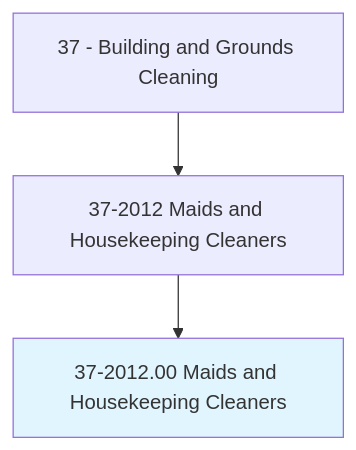
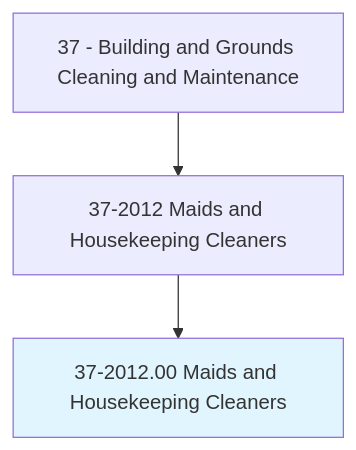
The first of 4 diagrams in occupations/Facilities/MaidsAndHousekeepingCleaners.mdx (kziemski/business.org.ai), drawn with Mermaid before and after one commit. The commit also changed other lines of this file and 938 other files, not shown here.

````diff
--- a/occupations/Facilities/MaidsAndHousekeepingCleaners.mdx
+++ b/occupations/Facilities/MaidsAndHousekeepingCleaners.mdx
@@ -19,6 +23,6 @@
 ```mermaid
 graph TD
-    Cat37["37 - Building and Grounds Cleaning"] --> Group372012["37-2012 Maids and Housekeeping Cleaners"]
+    Cat37["37 - Building and Grounds Cleaning and Maintenance"] --> Group372012["37-2012 Maids and Housekeeping Cleaners"]
     Group372012 --> Current["37-2012.00 Maids and Housekeeping Cleaners"]
     style Current fill:#e1f5fe
 ```
````
